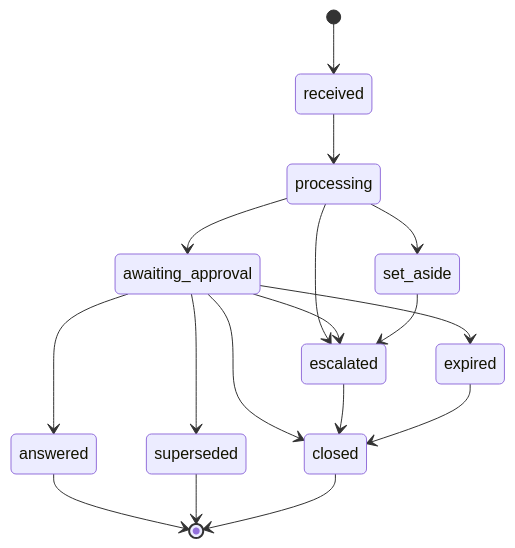
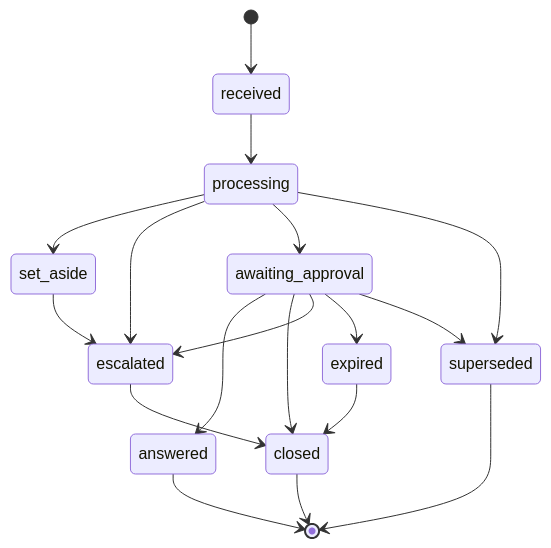
Before and after one commit to GeorgeTheo7/hotel-reservations-agent: the first of 2 diagrams in docs/states.md, drawn with Mermaid. The commit also changed other lines of this file and 1 other file, not shown here.

````diff
--- a/docs/states.md
+++ b/docs/states.md
@@ -22,19 +26,20 @@
 ```mermaid
 stateDiagram-v2
     [*] --> received
     received --> processing
     processing --> set_aside
     processing --> escalated
     processing --> awaiting_approval
+    processing --> superseded
     awaiting_approval --> answered
     awaiting_approval --> closed
     awaiting_approval --> escalated
     awaiting_approval --> expired
     awaiting_approval --> superseded
     set_aside --> escalated
     escalated --> closed
     expired --> closed
     answered --> [*]
     superseded --> [*]
     closed --> [*]
 ```
````
